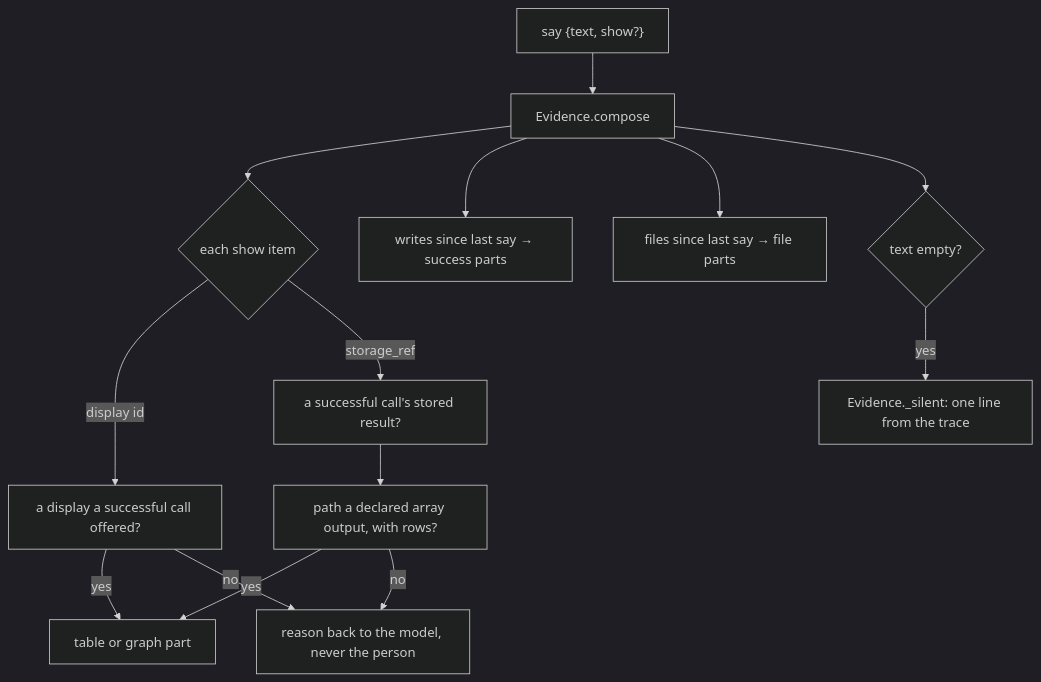
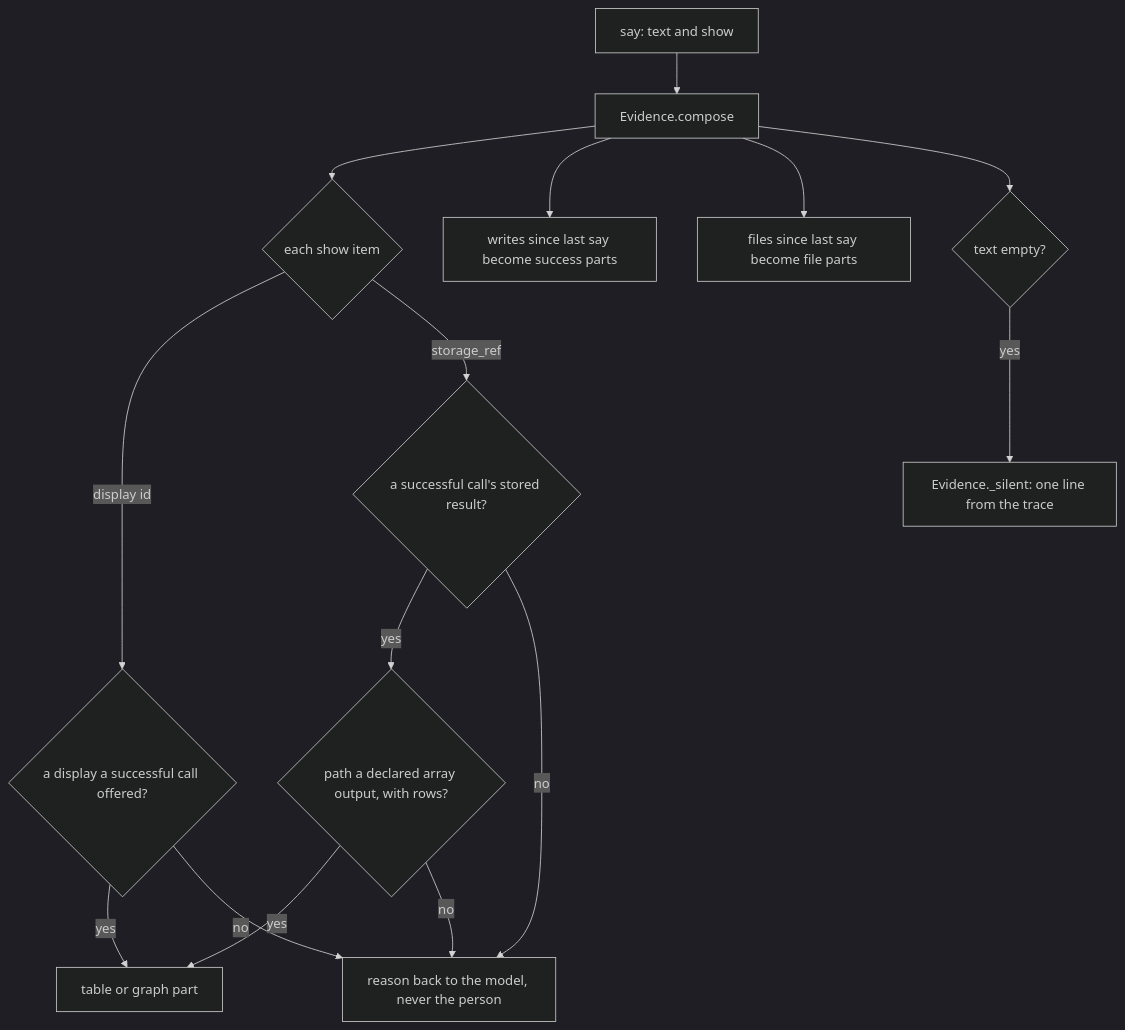
Before and after one commit to decentai-io/decentai: the diagram in docs/paper/06-nothing-invented.md, drawn with Mermaid (dark theme). The commit also changed other lines of this file and 19 other files, not shown here.

````diff
--- a/docs/paper/06-nothing-invented.md
+++ b/docs/paper/06-nothing-invented.md
@@ -146,16 +160,17 @@
 ```mermaid
 flowchart TB
-    S["say {text, show?}"] --> C["Evidence.compose"]
+    S["say: text and show"] --> C["Evidence.compose"]
     C --> T{"each show item"}
-    T -->|"display id"| D["a display a successful call offered?"]
-    T -->|"storage_ref"| R["a successful call's stored result?"]
-    R --> P["path a declared array output, with rows?"]
-    D -->|yes| OK["table or graph part"]
-    P -->|yes| OK
-    D -->|no| NO["reason back to the model, never the person"]
-    P -->|no| NO
-    C --> W["writes since last say → success parts"]
-    C --> F["files since last say → file parts"]
+    T -->|"display id"| D{"a display a successful call offered?"}
+    T -->|"storage_ref"| R{"a successful call's stored result?"}
+    R -->|"yes"| P{"path a declared array output, with rows?"}
+    R -->|"no"| NO
+    D -->|"yes"| OK["table or graph part"]
+    P -->|"yes"| OK
+    D -->|"no"| NO["reason back to the model, never the person"]
+    P -->|"no"| NO
+    C --> W["writes since last say become success parts"]
+    C --> F["files since last say become file parts"]
     C --> Q{"text empty?"}
-    Q -->|yes| L["Evidence._silent: one line from the trace"]
+    Q -->|"yes"| L["Evidence._silent: one line from the trace"]
 ```
````
